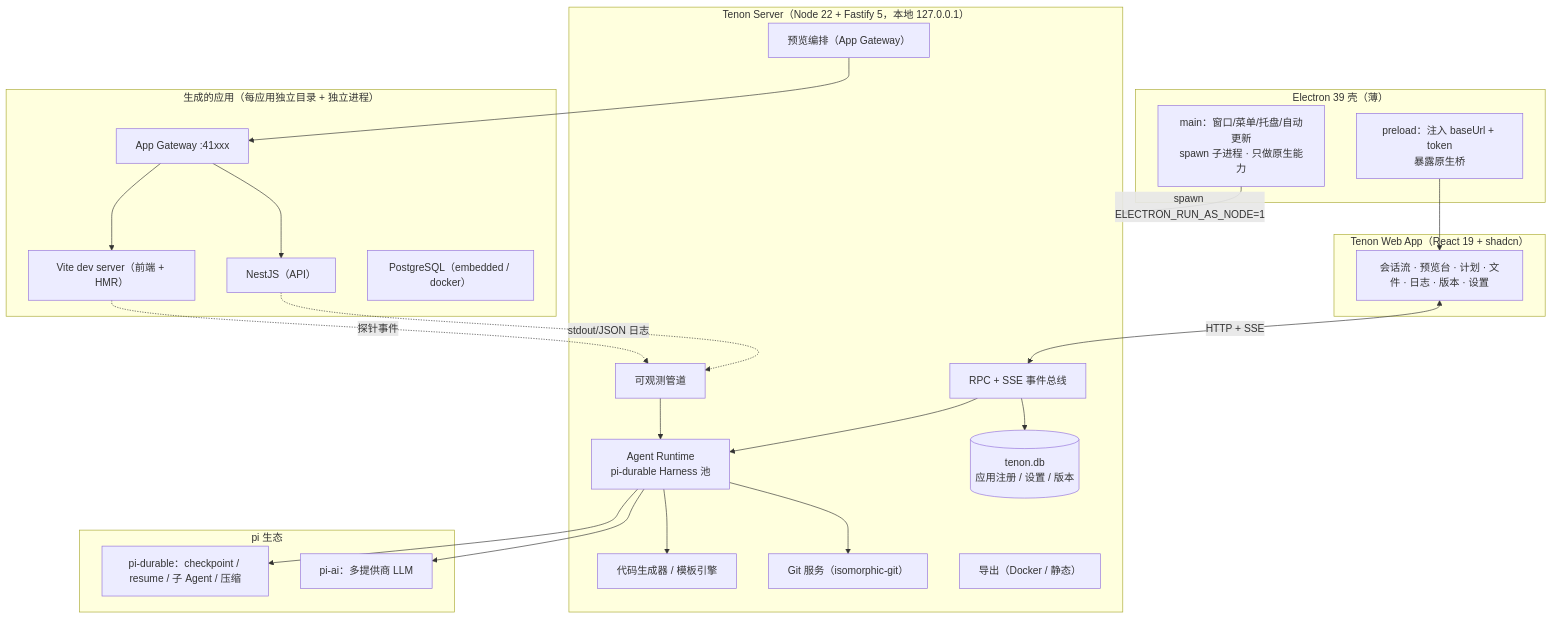
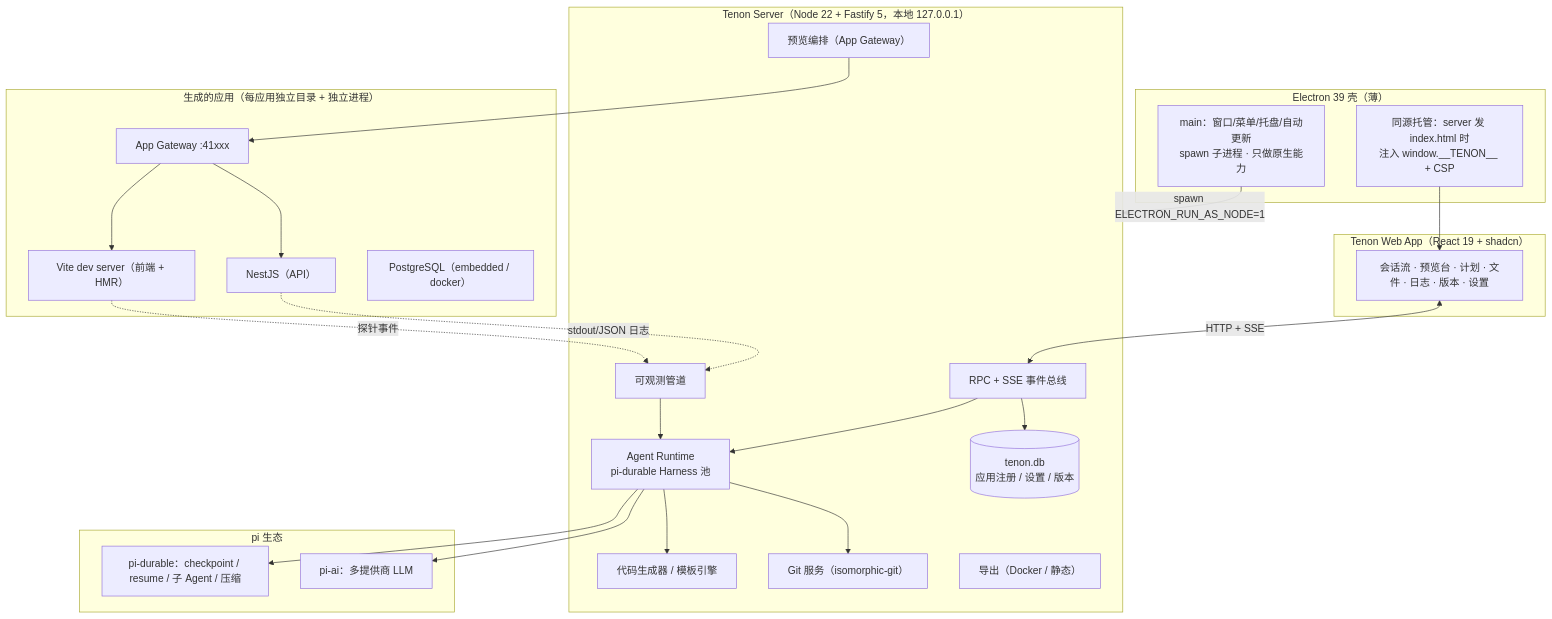
One commit to jackzhujie/tenon changed the diagram in docs/DESIGN.md. Above: the diagram before and after it, drawn with Mermaid. The commit also changed other lines of this file and 25 other files, not shown here.

First line of the commit message:
feat(m1): Electron 壳 + 同源托管 —— M1 收口，能打成 Tenon.app 双击运行

````diff
--- a/docs/DESIGN.md
+++ b/docs/DESIGN.md
@@ -90,50 +90,50 @@
 ```mermaid
 flowchart TB
   subgraph Shell["Electron 39 壳（薄）"]
     M["main：窗口/菜单/托盘/自动更新<br/>spawn 子进程 · 只做原生能力"]
-    P["preload：注入 baseUrl + token<br/>暴露原生桥"]
+    P["同源托管：server 发 index.html 时<br/>注入 window.__TENON__ + CSP"]
   end
 
   subgraph Web["Tenon Web App（React 19 + shadcn）"]
     UI["会话流 · 预览台 · 计划 · 文件 · 日志 · 版本 · 设置"]
   end
 
   subgraph Server["Tenon Server（Node 22 + Fastify 5，本地 127.0.0.1）"]
     RPC["RPC + SSE 事件总线"]
     HARNESS["Agent Runtime<br/>pi-durable Harness 池"]
     GEN["代码生成器 / 模板引擎"]
     GIT["Git 服务（isomorphic-git）"]
     PREV["预览编排（App Gateway）"]
     OBS["可观测管道"]
     EXP["导出（Docker / 静态）"]
     DB[("tenon.db<br/>应用注册 / 设置 / 版本")]
   end
 
   subgraph App["生成的应用（每应用独立目录 + 独立进程）"]
     G1["App Gateway :41xxx"]
     V["Vite dev server（前端 + HMR）"]
     N["NestJS（API）"]
     D["PostgreSQL（embedded / docker）"]
   end
 
   subgraph Pi["pi 生态"]
     PIA["pi-ai：多提供商 LLM"]
     PID["pi-durable：checkpoint / resume / 子 Agent / 压缩"]
   end
 
   UI <-->|"HTTP + SSE"| RPC
   M -->|"spawn ELECTRON_RUN_AS_NODE=1"| Server
   P --> UI
   RPC --> HARNESS
   HARNESS --> PID
   HARNESS --> PIA
   HARNESS --> GEN
   HARNESS --> GIT
   RPC --> DB
   PREV --> G1
   G1 --> V
   G1 --> N
   V -.->|"探针事件"| OBS
   N -.->|"stdout/JSON 日志"| OBS
   OBS --> HARNESS
 ```
````
